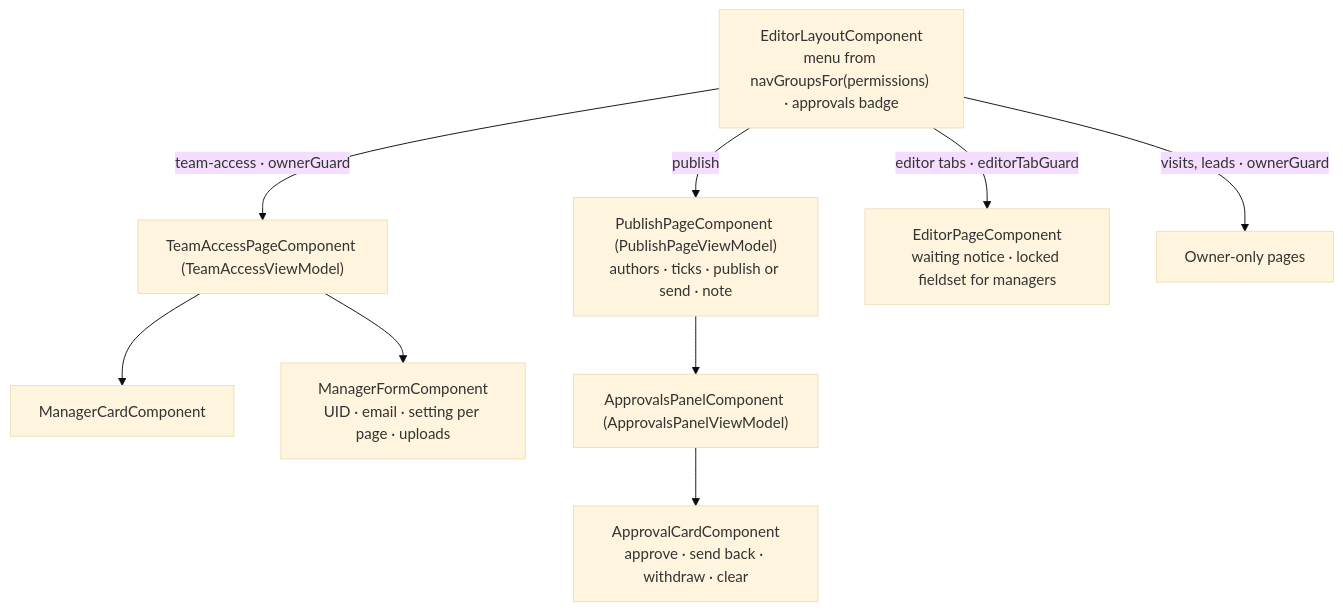
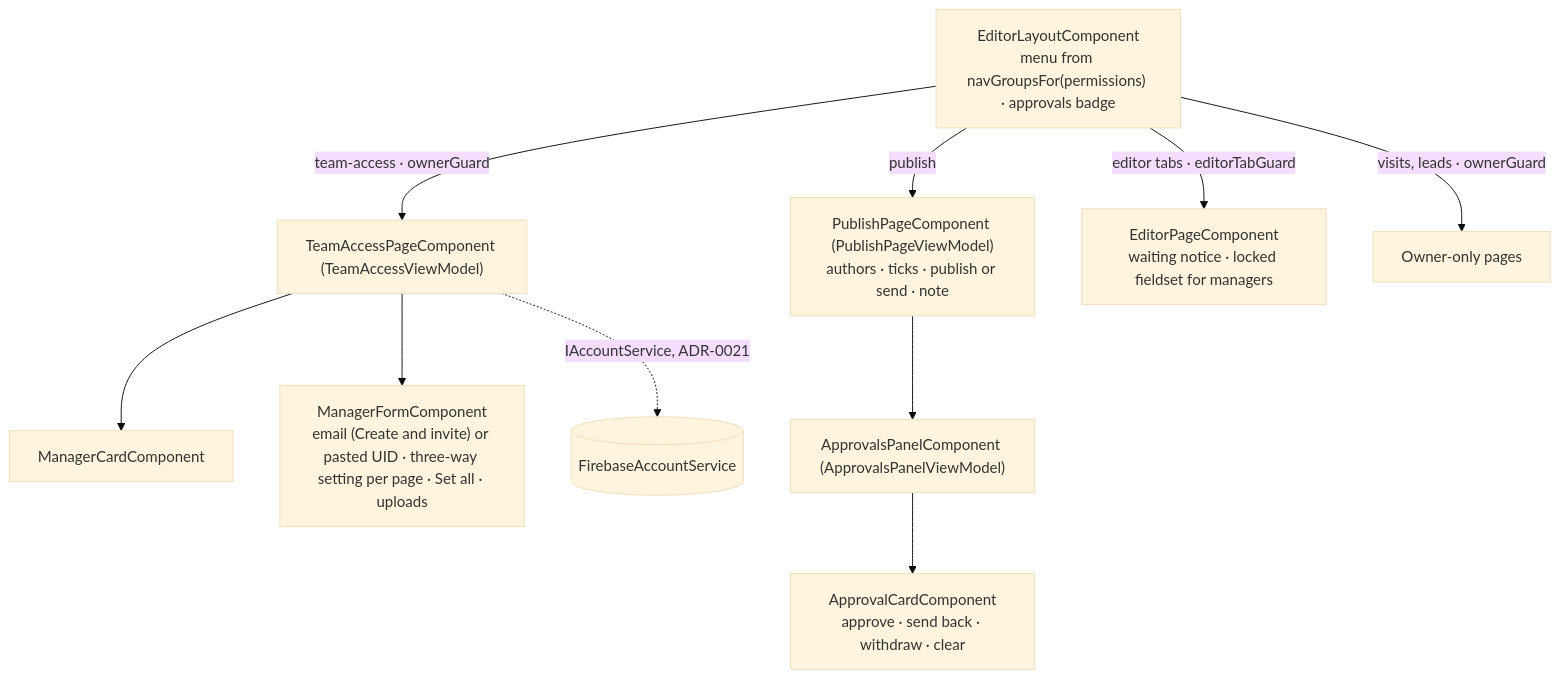
Before and after one commit to RaviAkhouri30/taalyatra: the third of 6 diagrams in docs/architecture/component-tree.md, drawn with Mermaid (base theme). The commit also changed other lines of this file and 85 other files, not shown here.

````diff
--- a/docs/architecture/component-tree.md
+++ b/docs/architecture/component-tree.md
@@ -62,12 +62,13 @@
 ```mermaid
 flowchart TD
   L["EditorLayoutComponent<br/>menu from navGroupsFor(permissions) · approvals badge"]
   L -->|team-access · ownerGuard| TA["TeamAccessPageComponent (TeamAccessViewModel)"]
   TA --> MC["ManagerCardComponent"]
-  TA --> MF["ManagerFormComponent<br/>UID · email · setting per page · uploads"]
+  TA --> MF["ManagerFormComponent<br/>email (Create and invite) or pasted UID · three-way setting per page · Set all · uploads"]
+  TA -.->|IAccountService, ADR-0021| AS[(FirebaseAccountService)]
   L -->|publish| PP["PublishPageComponent (PublishPageViewModel)<br/>authors · ticks · publish or send · note"]
   PP --> AP["ApprovalsPanelComponent (ApprovalsPanelViewModel)"]
   AP --> AC["ApprovalCardComponent<br/>approve · send back · withdraw · clear"]
   L -->|editor tabs · editorTabGuard| EP["EditorPageComponent<br/>waiting notice · locked fieldset for managers"]
   L -->|visits, leads · ownerGuard| OW["Owner-only pages"]
 ```
````
